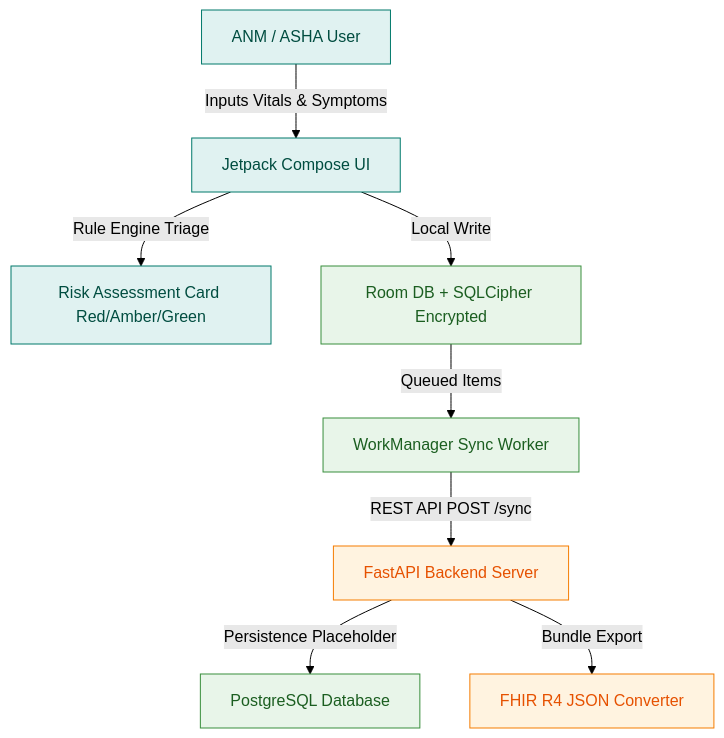
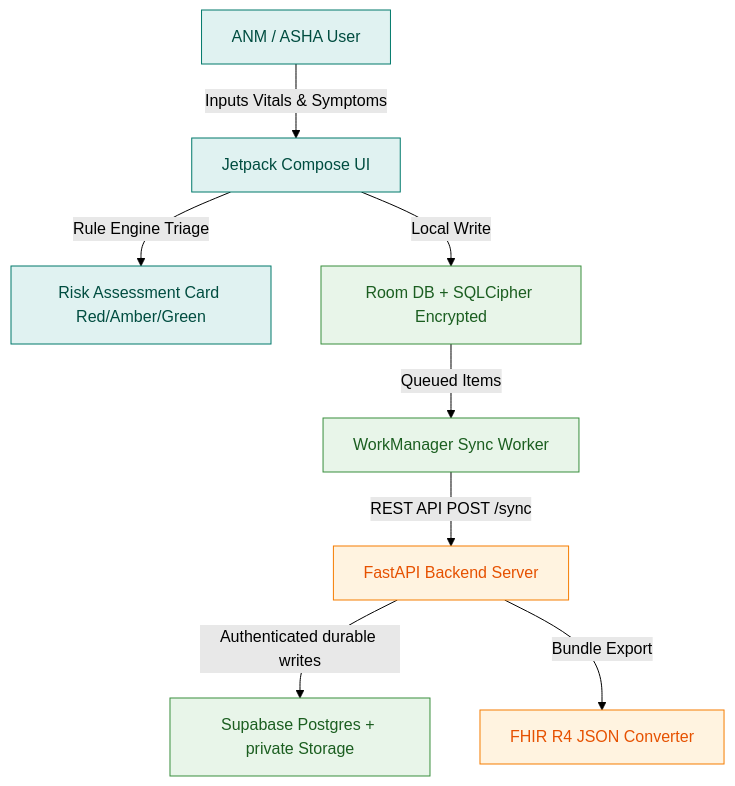
One commit to arj-co/SakhiCare changed the diagram in README.md. Above: the diagram before and after it, drawn with Mermaid (forest theme). The commit also changed other lines of this file and 60 other files, not shown here.

````diff
--- a/README.md
+++ b/README.md
@@ -80,14 +82,14 @@
 ```mermaid
 graph TD
     classDef mobile fill:#E0F2F1,stroke:#00796B,stroke-width:1px,color:#004D40;
     classDef storage fill:#E8F5E9,stroke:#388E3C,stroke-width:1px,color:#1B5E20;
     classDef server fill:#FFF3E0,stroke:#F57C00,stroke-width:1px,color:#E65100;
 
     A[ANM / ASHA User]:::mobile -->|Inputs Vitals & Symptoms| B[Jetpack Compose UI]:::mobile
     B -->|Rule Engine Triage| C[Risk Assessment Card Red/Amber/Green]:::mobile
     B -->|Local Write| D[Room DB + SQLCipher Encrypted]:::storage
     D -->|Queued Items| E[WorkManager Sync Worker]:::storage
     E -->|REST API POST /sync| F[FastAPI Backend Server]:::server
-    F -->|Persistence Placeholder| G[PostgreSQL Database]:::storage
+    F -->|Authenticated durable writes| G[Supabase Postgres + private Storage]:::storage
     F -->|Bundle Export| H[FHIR R4 JSON Converter]:::server
 ```
````
